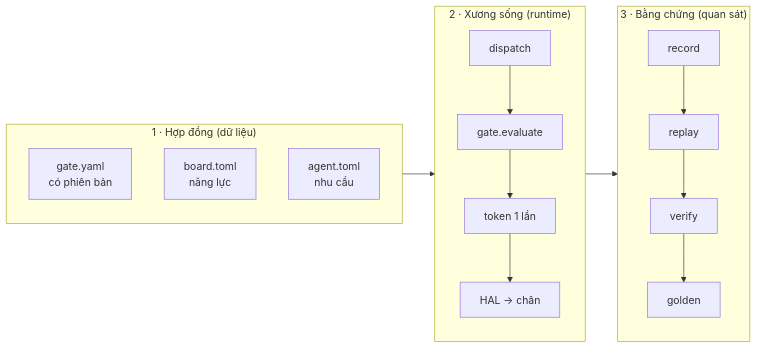
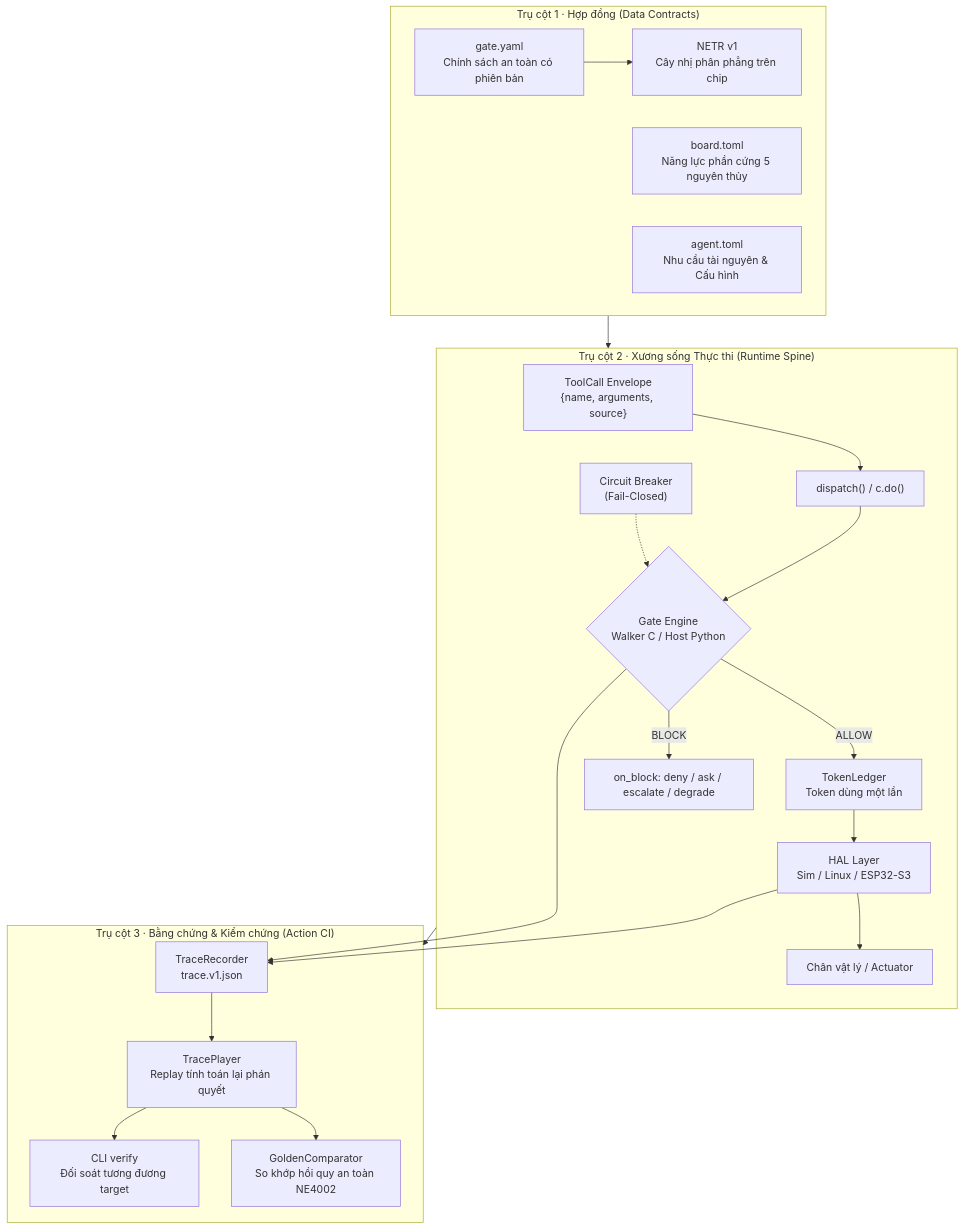
Before and after one commit to letrongminh/neuroedge-init: the diagram in docs/architecture/vi/00-overview.md, drawn with Mermaid. The commit also changed other lines of this file and 35 other files, not shown here.

First line of the commit message:
docs(architecture): comprehensive upgrade of architecture suite, Mermaid diagrams and vector posters

````diff
--- a/docs/architecture/vi/00-overview.md
+++ b/docs/architecture/vi/00-overview.md
@@ -29,15 +39,40 @@
 ```mermaid
-flowchart LR
-    subgraph contracts["1 · Hợp đồng (dữ liệu)"]
-        G[gate.yaml<br/>có phiên bản]
-        B[board.toml<br/>năng lực]
-        A[agent.toml<br/>nhu cầu]
+flowchart TB
+    subgraph pillar1["Trụ cột 1 · Hợp đồng (Data Contracts)"]
+        G["gate.yaml<br/>Chính sách an toàn có phiên bản"]
+        B["board.toml<br/>Năng lực phần cứng 5 nguyên thủy"]
+        A["agent.toml<br/>Nhu cầu tài nguyên & Cấu hình"]
+        N["NETR v1<br/>Cây nhị phân phẳng trên chip"]
+        G --> N
     end
-    subgraph spine["2 · Xương sống (runtime)"]
-        D[dispatch] --> E[gate.evaluate] --> T[token 1 lần] --> H[HAL → chân]
+
+    subgraph pillar2["Trụ cột 2 · Xương sống Thực thi (Runtime Spine)"]
+        TC["ToolCall Envelope<br/>{name, arguments, source}"]
+        DISP["dispatch() / c.do()"]
+        ENG{"Gate Engine<br/>Walker C / Host Python"}
+        CB["Circuit Breaker<br/>(Fail-Closed)"]
+        TL["TokenLedger<br/>Token dùng một lần"]
+        HAL["HAL Layer<br/>Sim / Linux / ESP32-S3"]
+        PIN["Chân vật lý / Actuator"]
+
+        TC --> DISP --> ENG
+        CB -.-> ENG
+        ENG -- "ALLOW" --> TL --> HAL --> PIN
+        ENG -- "BLOCK" --> OB["on_block: deny / ask / escalate / degrade"]
     end
-    subgraph evidence["3 · Bằng chứng (quan sát)"]
-        R[record] --> P[replay] --> V[verify] --> GL[golden]
+
+    subgraph pillar3["Trụ cột 3 · Bằng chứng & Kiểm chứng (Action CI)"]
+        REC["TraceRecorder<br/>trace.v1.json"]
+        PLAY["TracePlayer<br/>Replay tính toán lại phán quyết"]
+        VER["CLI verify<br/>Đối soát tương đương target"]
+        GOLD["GoldenComparator<br/>So khớp hồi quy an toàn NE4002"]
+
+        ENG --> REC
+        HAL --> REC
+        REC --> PLAY --> GOLD
+        PLAY --> VER
     end
-    contracts --> spine --> evidence
+
+    pillar1 --> pillar2
+    pillar2 --> pillar3
 ```
````
